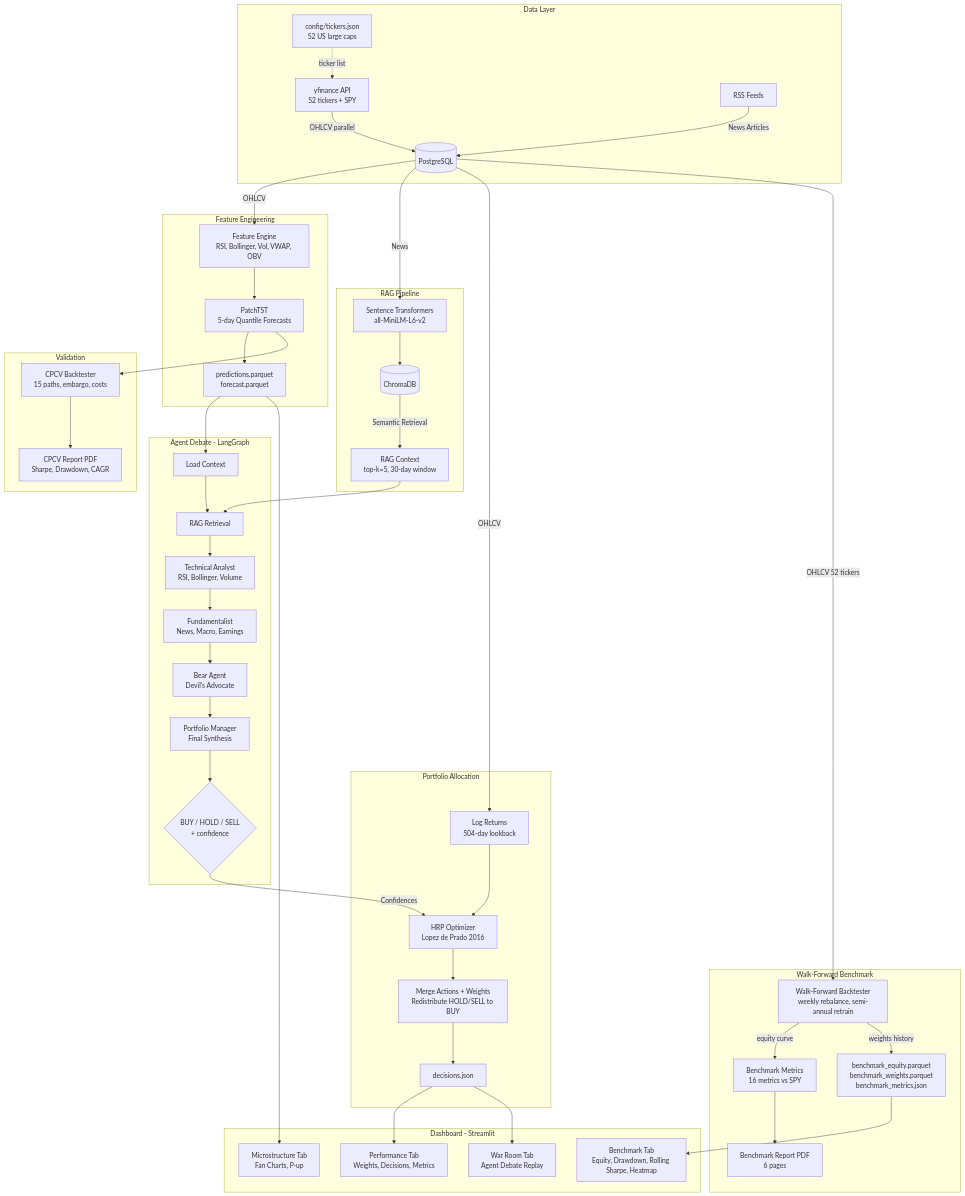
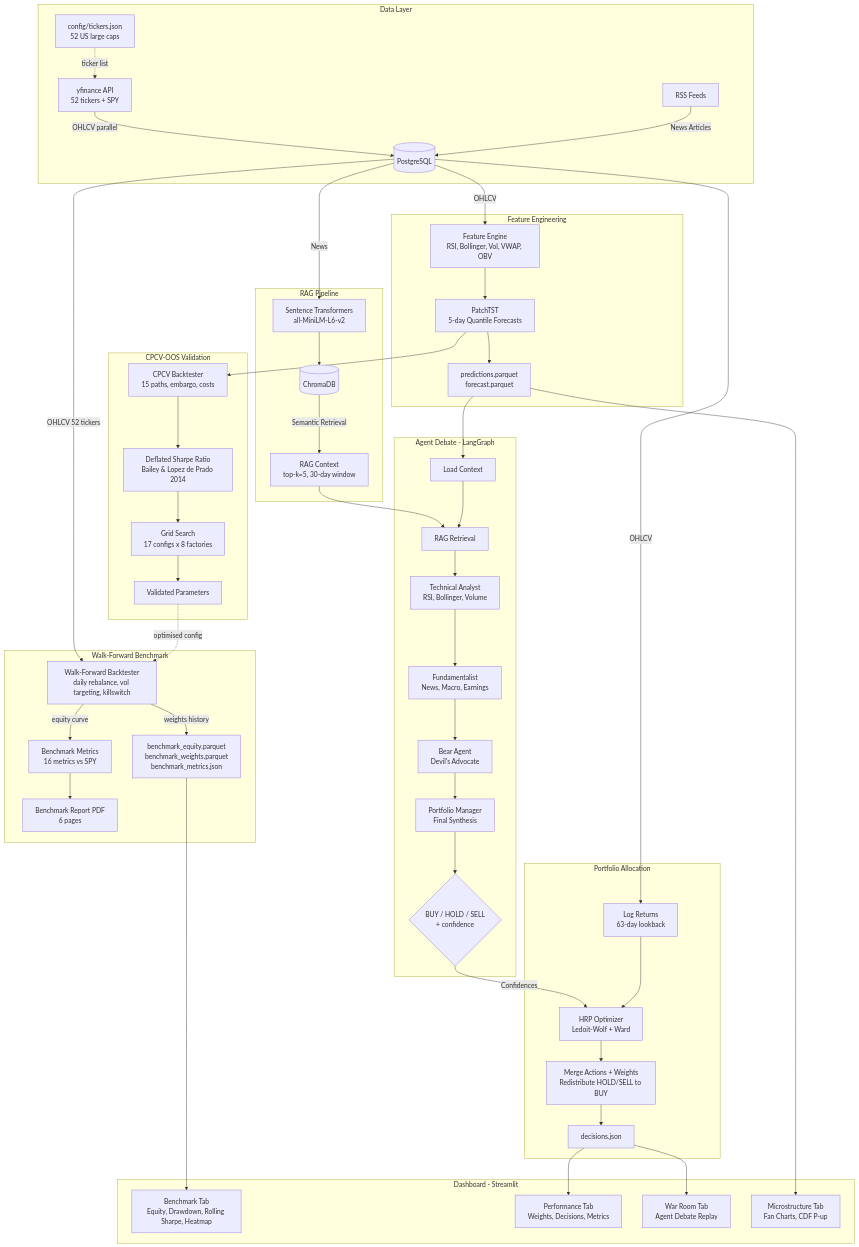
Before and after one commit to cockles98/titanium-alpha: the diagram in README.md, drawn with Mermaid. The commit also changed other lines of this file and 25 other files, not shown here.

````diff
--- a/README.md
+++ b/README.md
@@ -36,58 +51,61 @@
 ```mermaid
 flowchart TB
     subgraph Data Layer
         YF[yfinance API<br/>52 tickers + SPY] -->|OHLCV parallel| PG[(PostgreSQL)]
         RSS[RSS Feeds] -->|News Articles| PG
         CFG[config/tickers.json<br/>52 US large caps] -.->|ticker list| YF
     end
 
     subgraph Feature Engineering
         PG -->|OHLCV| FE[Feature Engine<br/>RSI, Bollinger, Vol, VWAP, OBV]
         FE --> PTST[PatchTST<br/>5-day Quantile Forecasts]
         PTST --> PRED[predictions.parquet<br/>forecast.parquet]
     end
 
     subgraph RAG Pipeline
         PG -->|News| EMB[Sentence Transformers<br/>all-MiniLM-L6-v2]
         EMB --> CHROMA[(ChromaDB)]
         CHROMA -->|Semantic Retrieval| RAG[RAG Context<br/>top-k=5, 30-day window]
     end
 
     subgraph Agent Debate - LangGraph
         PRED --> LC[Load Context]
         RAG --> RR[RAG Retrieval]
         LC --> RR
         RR --> TA[Technical Analyst<br/>RSI, Bollinger, Volume]
         TA --> FA[Fundamentalist<br/>News, Macro, Earnings]
         FA --> BA[Bear Agent<br/>Devil's Advocate]
         BA --> PM[Portfolio Manager<br/>Final Synthesis]
         PM --> DEC{BUY / HOLD / SELL<br/>+ confidence}
     end
 
     subgraph Portfolio Allocation
-        PG -->|OHLCV| RET[Log Returns<br/>504-day lookback]
-        DEC -->|Confidences| HRP[HRP Optimizer<br/>Lopez de Prado 2016]
+        PG -->|OHLCV| RET[Log Returns<br/>63-day lookback]
+        DEC -->|Confidences| HRP[HRP Optimizer<br/>Ledoit-Wolf + Ward]
         RET --> HRP
         HRP --> MERGE[Merge Actions + Weights<br/>Redistribute HOLD/SELL to BUY]
         MERGE --> JSON[decisions.json]
     end
 
-    subgraph Validation
+    subgraph CPCV-OOS Validation
         PTST --> CPCV[CPCV Backtester<br/>15 paths, embargo, costs]
-        CPCV --> PDF1[CPCV Report PDF<br/>Sharpe, Drawdown, CAGR]
+        CPCV --> DSR[Deflated Sharpe Ratio<br/>Bailey & Lopez de Prado 2014]
+        DSR --> GRID[Grid Search<br/>17 configs x 8 factories]
+        GRID --> VALID[Validated Parameters]
     end
 
     subgraph Walk-Forward Benchmark
-        PG -->|OHLCV 52 tickers| WF[Walk-Forward Backtester<br/>weekly rebalance, semi-annual retrain]
+        PG -->|OHLCV 52 tickers| WF[Walk-Forward Backtester<br/>daily rebalance, vol targeting, killswitch]
+        VALID -.->|optimised config| WF
         WF -->|equity curve| BM[Benchmark Metrics<br/>16 metrics vs SPY]
         BM --> PDF2[Benchmark Report PDF<br/>6 pages]
         WF -->|weights history| PQT[benchmark_equity.parquet<br/>benchmark_weights.parquet<br/>benchmark_metrics.json]
     end
 
     subgraph Dashboard - Streamlit
         PQT --> TAB0[Benchmark Tab<br/>Equity, Drawdown, Rolling Sharpe, Heatmap]
         JSON --> TAB1[Performance Tab<br/>Weights, Decisions, Metrics]
         JSON --> TAB2[War Room Tab<br/>Agent Debate Replay]
-        PRED --> TAB3[Microstructure Tab<br/>Fan Charts, P-up]
+        PRED --> TAB3[Microstructure Tab<br/>Fan Charts, CDF P-up]
     end
 ```
````
